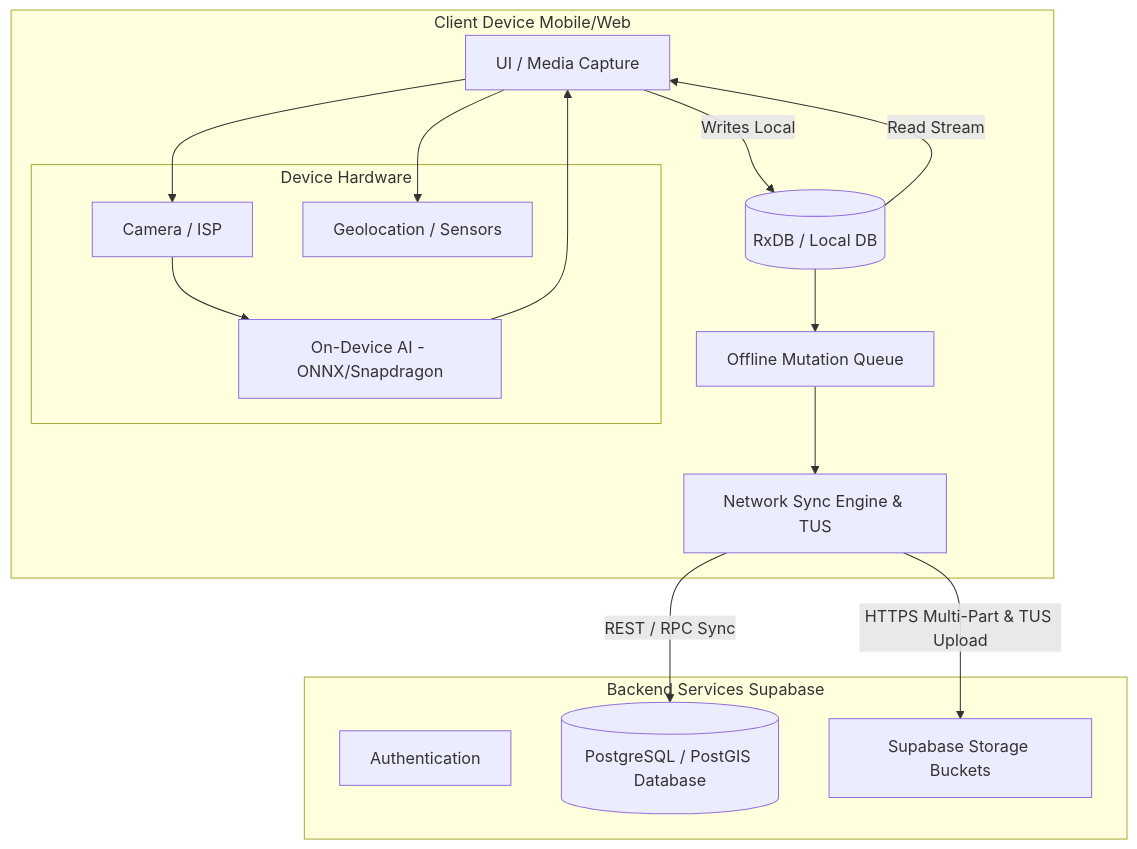
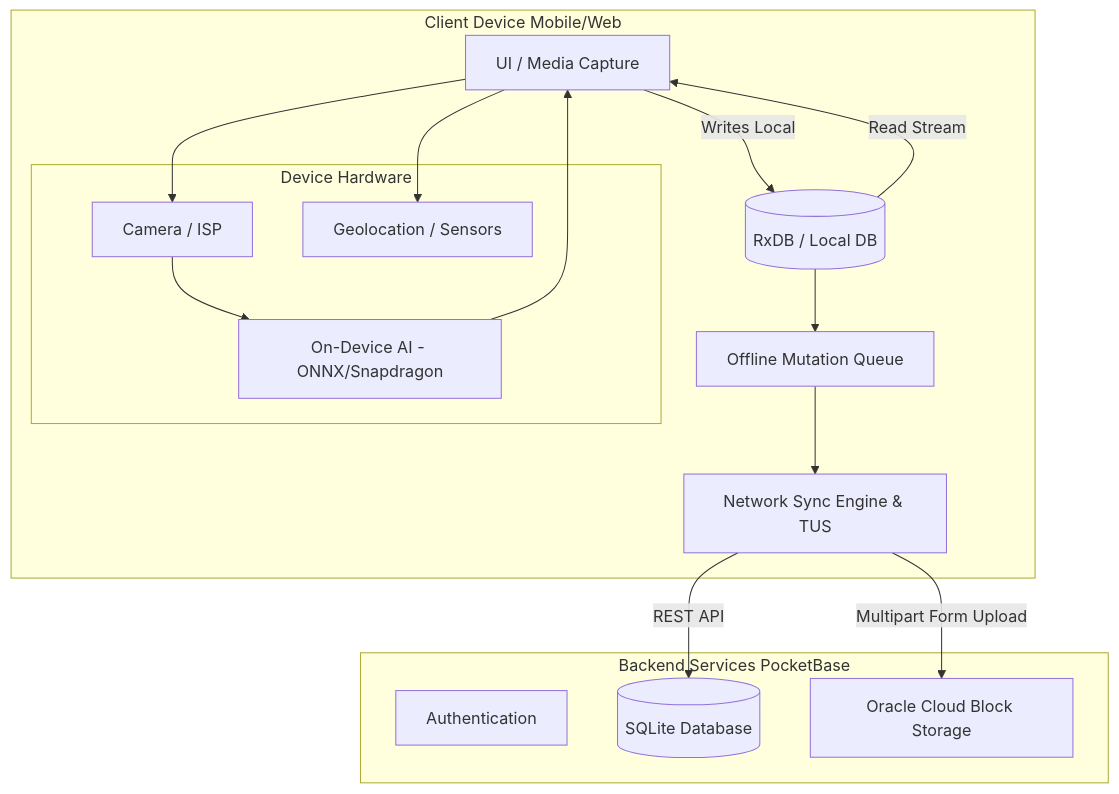
Before and after one commit to HeadlessOnDarkHorse/VideoSurveyFramework: the first of 2 diagrams in ARCHITECTURE.md, drawn with Mermaid. The commit also changed other lines of this file and 5 other files, not shown here.

First line of the commit message:
refactor: Switch backend target from Supabase to PocketBase

````diff
--- a/ARCHITECTURE.md
+++ b/ARCHITECTURE.md
@@ -39,35 +39,35 @@
 ```mermaid
 graph TD
     subgraph Client [Client Device Mobile/Web]
         UI[UI / Media Capture]
         LocalDB[(RxDB / Local DB)]
         Queue[Offline Mutation Queue]
         SyncEngine[Network Sync Engine & TUS]
 
         subgraph Hardware [Device Hardware]
             Cam[Camera / ISP]
             GPS[Geolocation / Sensors]
             NPU[On-Device AI - ONNX/Snapdragon]
         end
     end
 
-    subgraph Backend [Backend Services Supabase]
+    subgraph Backend [Backend Services PocketBase]
         Auth[Authentication]
-        DB[(PostgreSQL / PostGIS Database)]
-        Storage[Supabase Storage Buckets]
+        DB[(SQLite Database)]
+        Storage[Oracle Cloud Block Storage]
     end
 
     %% Client Interactions
     UI -->|Writes Local| LocalDB
     LocalDB -->|Read Stream| UI
     LocalDB --> Queue
     Queue --> SyncEngine
     UI --> Cam
     UI --> GPS
     Cam --> NPU
     NPU --> UI
 
     %% Client to Backend
-    SyncEngine -->|HTTPS Multi-Part & TUS Upload| Storage
-    SyncEngine -->|REST / RPC Sync| DB
+    SyncEngine -->|REST API| DB
+    SyncEngine -->|Multipart Form Upload| Storage
 ```
````
